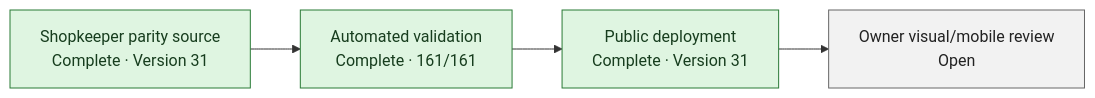
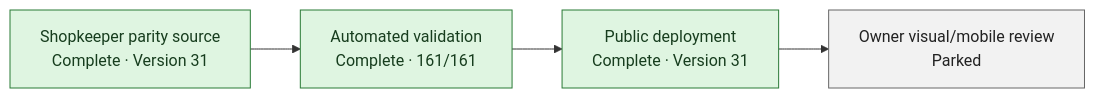
One commit to nguyenk06/book-collection-design changed the diagram in docs/PROJECT_DASHBOARD.md. Above: the diagram before and after it, drawn with Mermaid. The commit also changed other lines of this file and 6 other files, not shown here.

````diff
--- a/docs/PROJECT_DASHBOARD.md
+++ b/docs/PROJECT_DASHBOARD.md
@@ -30,17 +30,17 @@
 ```mermaid
 flowchart LR
     A["Shopkeeper parity source<br/>Complete · Version 31"]
     B["Automated validation<br/>Complete · 161/161"]
     C["Public deployment<br/>Complete · Version 31"]
-    D["Owner visual/mobile review<br/>Open"]
+    D["Owner visual/mobile review<br/>Parked"]
 
     A --> B --> C --> D
 
     classDef complete fill:#dff5e1,stroke:#297a35,color:#173d1e
     classDef partial fill:#ffe8cc,stroke:#b35a00,color:#3a2100
     classDef closed fill:#f2f2f2,stroke:#666,color:#222
     class A complete
     class B complete
     class C complete
     class D closed
 ```
````
